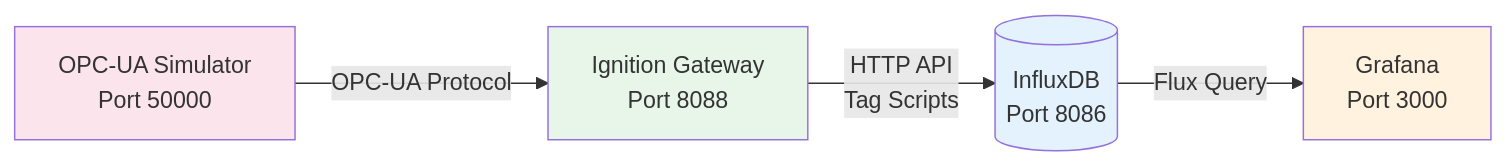
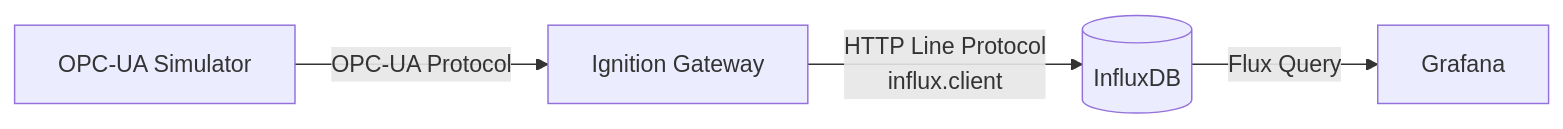
Before and after one commit to zestones/ignition-to-influx-lab: the diagram in README.md, drawn with Mermaid. The commit also changed other lines of this file and 7 other files, not shown here.

Commit message:
feat: Docker Compose setup and Grafana provisioning for Ignition OPC-UA lab

````diff
--- a/README.md
+++ b/README.md
@@ -5,16 +8,11 @@
 ```mermaid
 graph LR
-    OPC[OPC-UA Simulator<br/>Port 50000]
-    IGN[Ignition Gateway<br/>Port 8088]
-    IDB[(InfluxDB<br/>Port 8086)]
-    GRA[Grafana<br/>Port 3000]
-    
+    OPC[OPC-UA Simulator]
+    IGN[Ignition Gateway]
+    IDB[(InfluxDB)]
+    GRA[Grafana]
+
     OPC -->|OPC-UA Protocol| IGN
-    IGN -->|HTTP API<br/>Tag Scripts| IDB
+    IGN -->|HTTP Line Protocol<br/>influx.client| IDB
     IDB -->|Flux Query| GRA
-    
-    style OPC fill:#fce4ec
-    style IGN fill:#e8f5e9
-    style IDB fill:#e3f2fd
-    style GRA fill:#fff3e0
 ```
````
